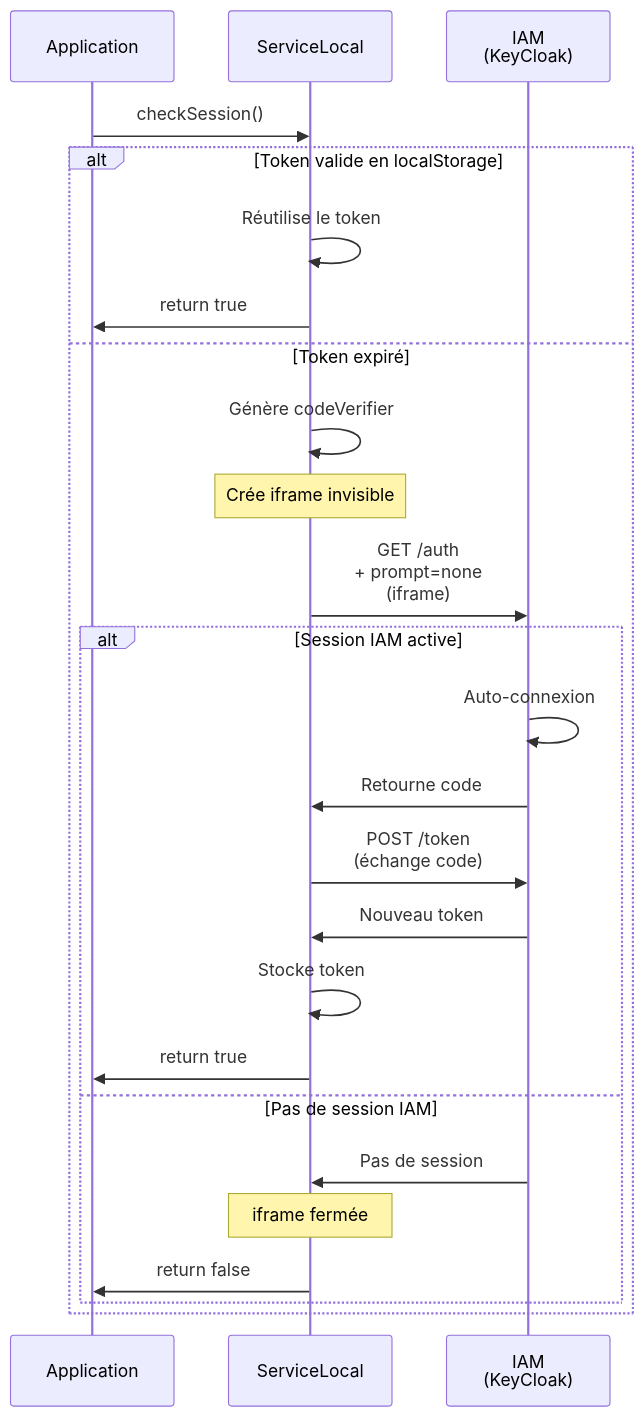
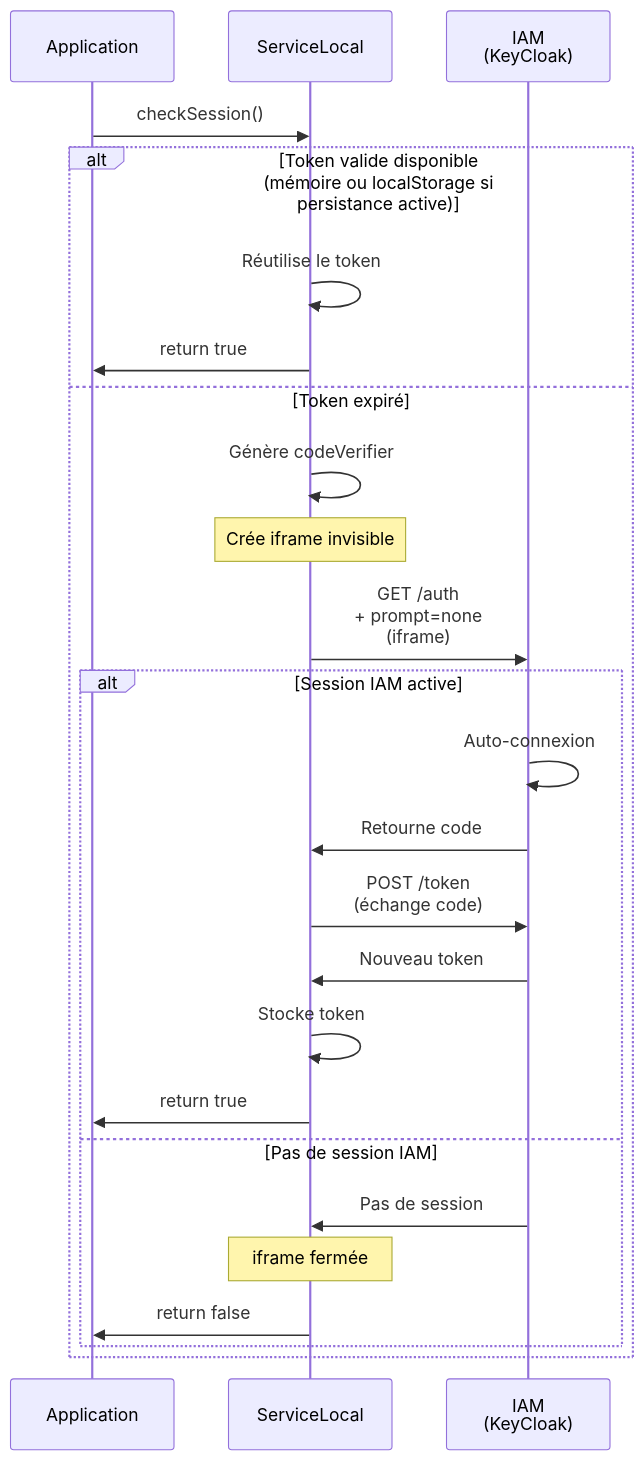
The third of 3 diagrams in docs/authentication-sequence.md (IGNF/cartes.gouv.fr-service), drawn with Mermaid before and after one commit. The commit also changed other lines of this file and 36 other files, not shown here.

````diff
--- a/docs/authentication-sequence.md
+++ b/docs/authentication-sequence.md
@@ -117,33 +124,33 @@
 ```mermaid
 sequenceDiagram
     participant App as Application
     participant Service as ServiceLocal
     participant KeyCloak as IAM<br/>(KeyCloak)
 
     App->>Service: checkSession()
     
-    alt Token valide en localStorage
+    alt Token valide disponible (mémoire ou localStorage si persistance active)
         Service->>Service: Réutilise le token
         Service->>App: return true
     else Token expiré
         Service->>Service: Génère codeVerifier
         
         Note over Service: Crée iframe invisible
         Service->>KeyCloak: GET /auth<br/>+ prompt=none<br/>(iframe)
         
         alt Session IAM active
             KeyCloak->>KeyCloak: Auto-connexion
             KeyCloak->>Service: Retourne code
             
             Service->>KeyCloak: POST /token<br/>(échange code)
             KeyCloak->>Service: Nouveau token
             
             Service->>Service: Stocke token
             Service->>App: return true
         else Pas de session IAM
             KeyCloak->>Service: Pas de session
             Note over Service: iframe fermée
             Service->>App: return false
         end
     end
 ```
````
